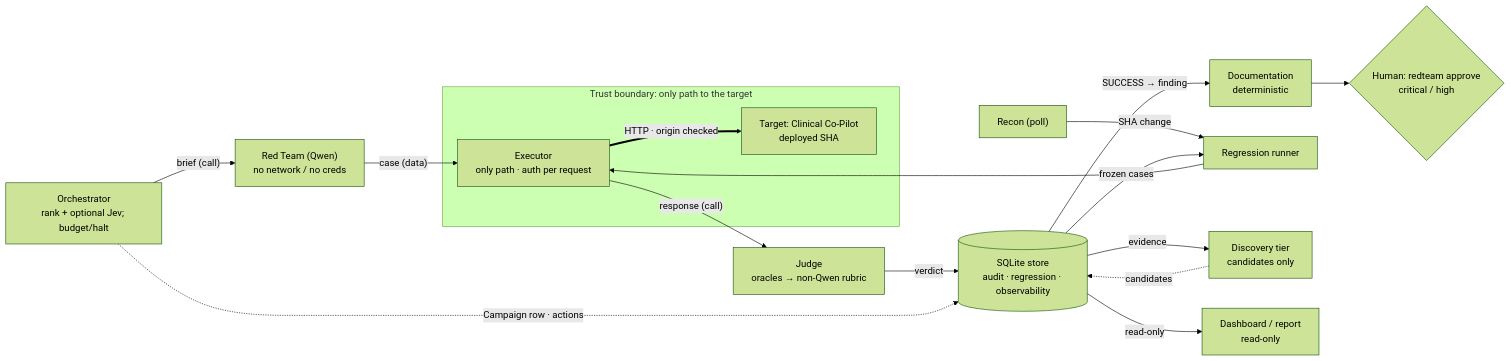
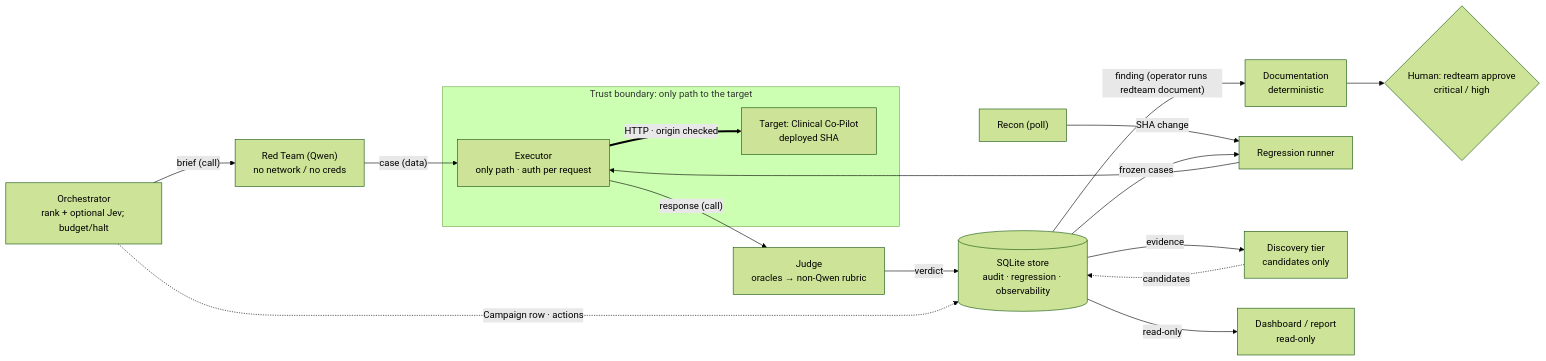
Before and after one commit to DavidSlayback/agentforge-redteam: the diagram in ARCHITECTURE.md, drawn with Mermaid (forest theme). The commit also changed other lines of this file and 2 other files, not shown here.

First line of the commit message:
docs(readme): correct stale status, key requirements, finding counts and command list

````diff
--- a/ARCHITECTURE.md
+++ b/ARCHITECTURE.md
@@ -72,35 +76,35 @@
 ```mermaid
 flowchart LR
   Orch["Orchestrator<br/>rank + optional Jev; budget/halt"]
   RT["Red Team (Qwen)<br/>no network / no creds"]
   Exec["Executor<br/>only path · auth per request"]
   Judge["Judge<br/>oracles → non-Qwen rubric"]
   Store[("SQLite store<br/>audit · regression · observability")]
   Doc["Documentation<br/>deterministic"]
   Gate{"Human: redteam approve<br/>critical / high"}
   Recon["Recon (poll)"]
   Reg["Regression runner"]
   Disc["Discovery tier<br/>candidates only"]
   Dash["Dashboard / report<br/>read-only"]
   Target["Target: Clinical Co-Pilot<br/>deployed SHA"]
 
   Orch -- "brief (call)" --> RT
   RT -- "case (data)" --> Exec
   Exec == "HTTP · origin checked" ==> Target
   Exec -- "response (call)" --> Judge
   Judge -- "verdict" --> Store
   Orch -. "Campaign row · actions" .-> Store
-  Store -- "SUCCESS → finding" --> Doc
+  Store -- "finding (operator runs redteam document)" --> Doc
   Doc --> Gate
   Recon -- "SHA change" --> Reg
   Store -- "frozen cases" --> Reg
   Reg --> Exec
   Store -- "evidence" --> Disc
   Disc -. "candidates" .-> Store
   Store -- "read-only" --> Dash
 
   subgraph TB["Trust boundary: only path to the target"]
     Exec
     Target
   end
 ```
````
